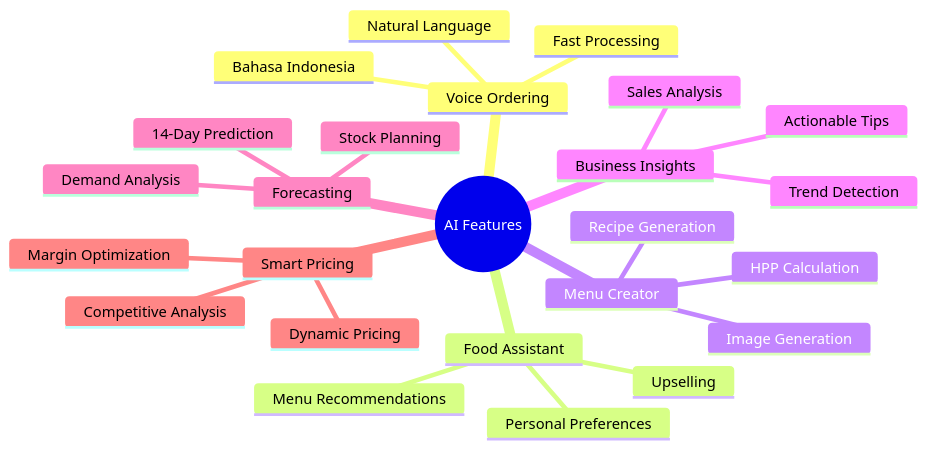
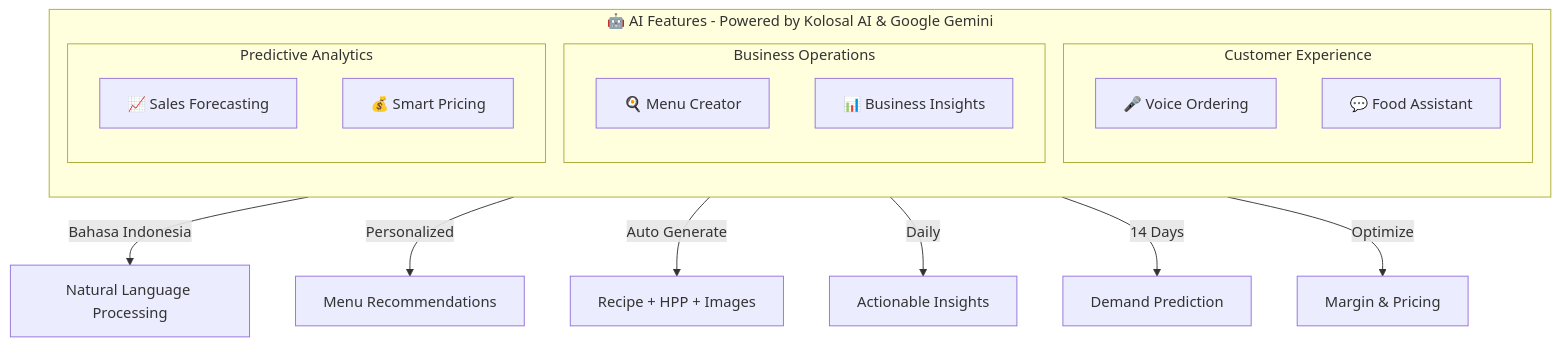
Before and after one commit to mocharil/savora: the sixth of 7 diagrams in README.md, drawn with Mermaid. The commit also changed other lines of this file, not shown here.

Commit message:
docs: Update YouTube link and improve AI Features diagram
- Changed YouTube demo link to https://youtu.be/SjMy8e7XLrs
- Replaced mindmap with flowchart for AI Features section
- Organized AI features into 3 categories:
  - Customer Experience (Voice Ordering, Food Assistant)
  - Business Operations (Menu Creator, Business Insights)
  - Predictive Analytics (Sales Forecasting, Smart Pricing)
- Added descriptive connections showing feature capabilities

🤖 Generated with [Claude Code](https://claude.com/claude-code)

````diff
--- a/README.md
+++ b/README.md
@@ -265,28 +265,28 @@
 ```mermaid
-mindmap
-  root((AI Features))
-    Voice Ordering
-      Bahasa Indonesia
-      Natural Language
-      Fast Processing
-    Food Assistant
-      Menu Recommendations
-      Personal Preferences
-      Upselling
-    Menu Creator
-      Recipe Generation
-      HPP Calculation
-      Image Generation
-    Business Insights
-      Sales Analysis
-      Trend Detection
-      Actionable Tips
-    Forecasting
-      14-Day Prediction
-      Stock Planning
-      Demand Analysis
-    Smart Pricing
-      Margin Optimization
-      Competitive Analysis
-      Dynamic Pricing
+flowchart TB
+    subgraph AI["🤖 AI Features - Powered by Kolosal AI & Google Gemini"]
+        direction TB
+
+        subgraph Customer["Customer Experience"]
+            VO[🎤 Voice Ordering]
+            FA[💬 Food Assistant]
+        end
+
+        subgraph Operations["Business Operations"]
+            MC[🍳 Menu Creator]
+            BI[📊 Business Insights]
+        end
+
+        subgraph Analytics["Predictive Analytics"]
+            FC[📈 Sales Forecasting]
+            SP[💰 Smart Pricing]
+        end
+    end
+
+    VO --> |Bahasa Indonesia| O1[Natural Language Processing]
+    FA --> |Personalized| O2[Menu Recommendations]
+    MC --> |Auto Generate| O3[Recipe + HPP + Images]
+    BI --> |Daily| O4[Actionable Insights]
+    FC --> |14 Days| O5[Demand Prediction]
+    SP --> |Optimize| O6[Margin & Pricing]
 ```
````
